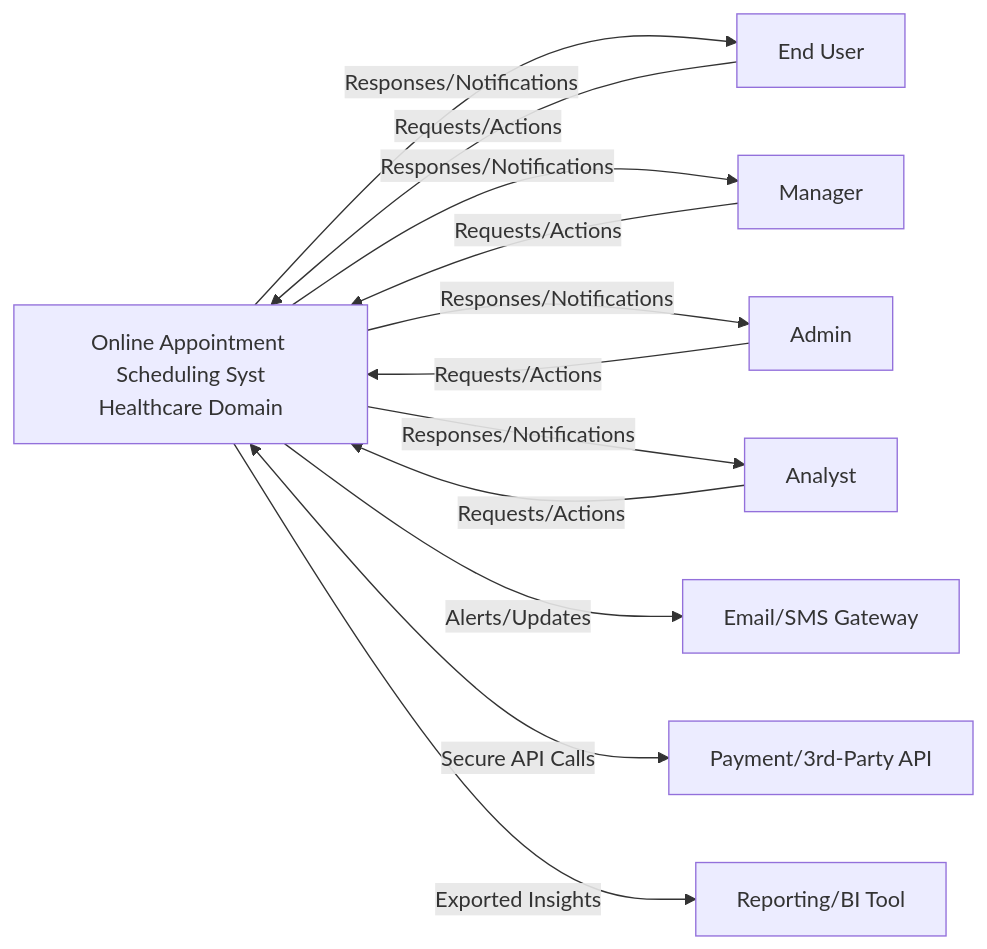
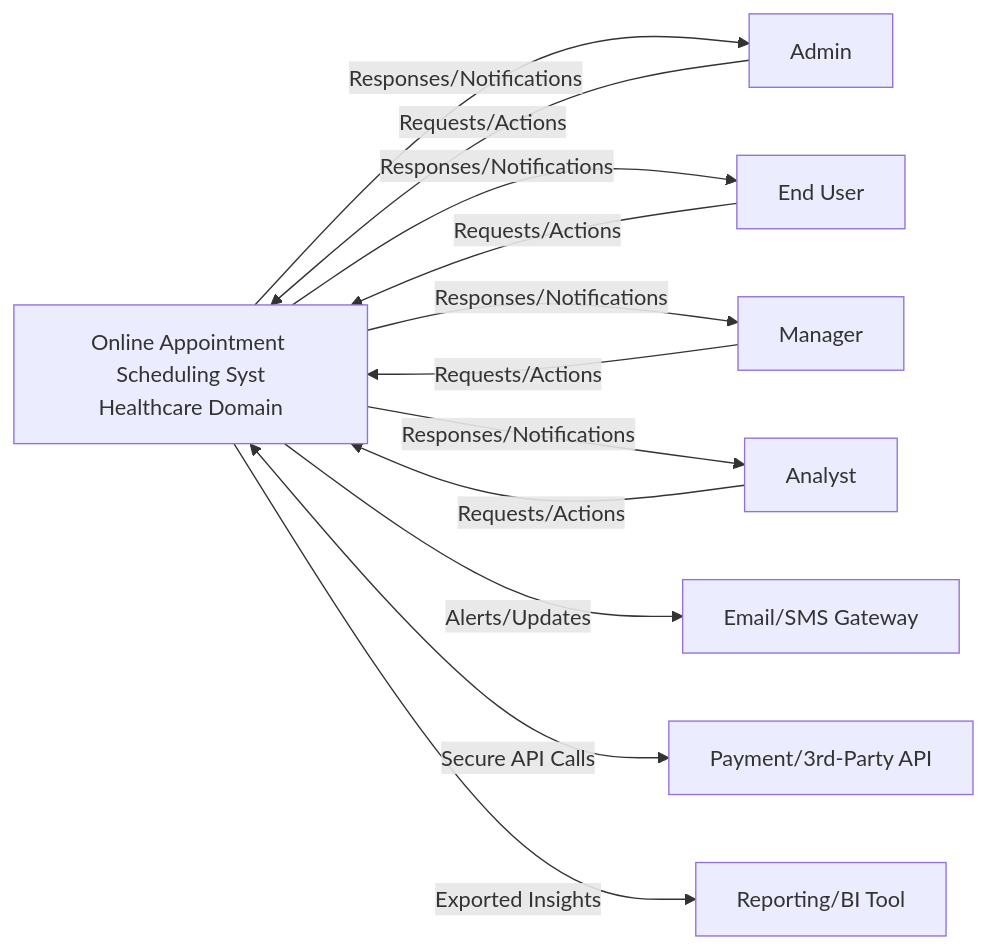
One commit to nilo-yinc/DocuVerse changed the diagram in backend/beta/static/Online_Appointment_Scheduling_System_system_context.mmd. Above: the diagram before and after it, drawn with Mermaid. The commit also changed 28 other files, not shown here.

Commit message:
feat: introduce core utilities for AI content generation, session management, and Mermaid diagram processing.

```diff
--- a/backend/beta/static/Online_Appointment_Scheduling_System_system_context.mmd
+++ b/backend/beta/static/Online_Appointment_Scheduling_System_system_context.mmd
@@ -1,20 +1,20 @@
 flowchart LR
 EXT1["Email/SMS Gateway"]
 EXT2["Payment/3rd-Party API"]
 EXT3["Reporting/BI Tool"]
 SYS["Online Appointment Scheduling Syst<br/>Healthcare Domain"]
-E0["End User"]
-E1["Manager"]
-E2["Admin"]
+E0["Admin"]
+E1["End User"]
+E2["Manager"]
 E3["Analyst"]
     E0 -->|Requests/Actions| SYS
     SYS -->|Responses/Notifications| E0
     E1 -->|Requests/Actions| SYS
     SYS -->|Responses/Notifications| E1
     E2 -->|Requests/Actions| SYS
     SYS -->|Responses/Notifications| E2
     E3 -->|Requests/Actions| SYS
     SYS -->|Responses/Notifications| E3
     SYS -->|Alerts/Updates| EXT1
     SYS <-->|Secure API Calls| EXT2
     SYS -->|Exported Insights| EXT3
```
